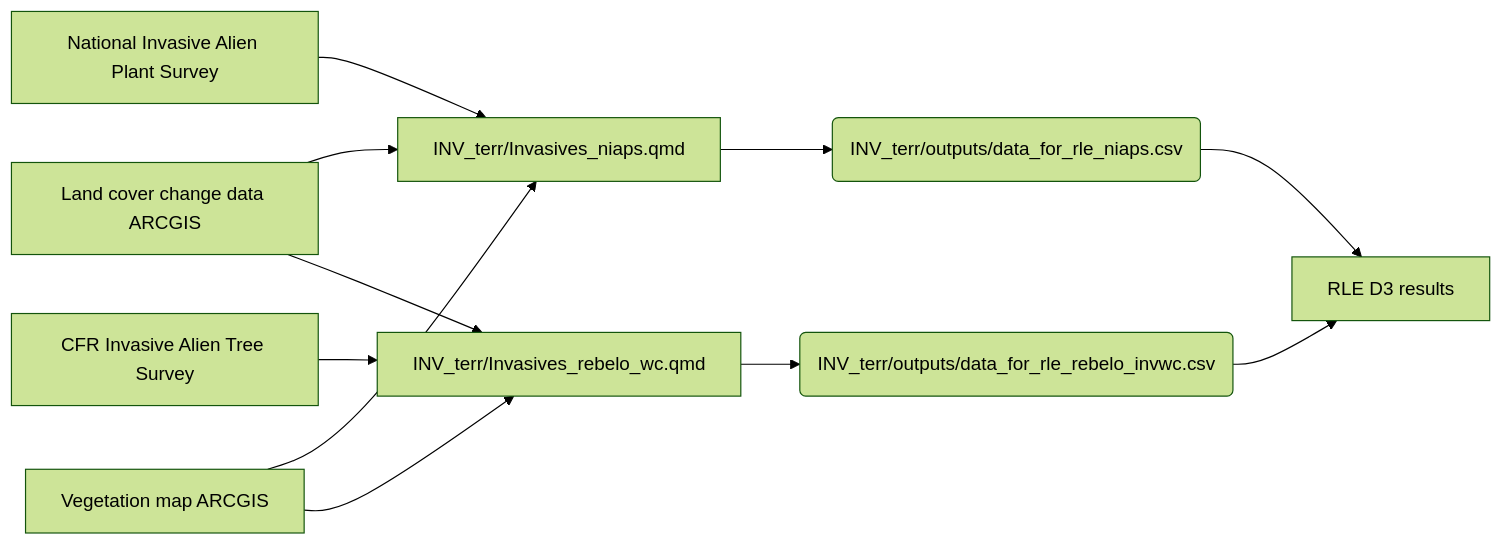
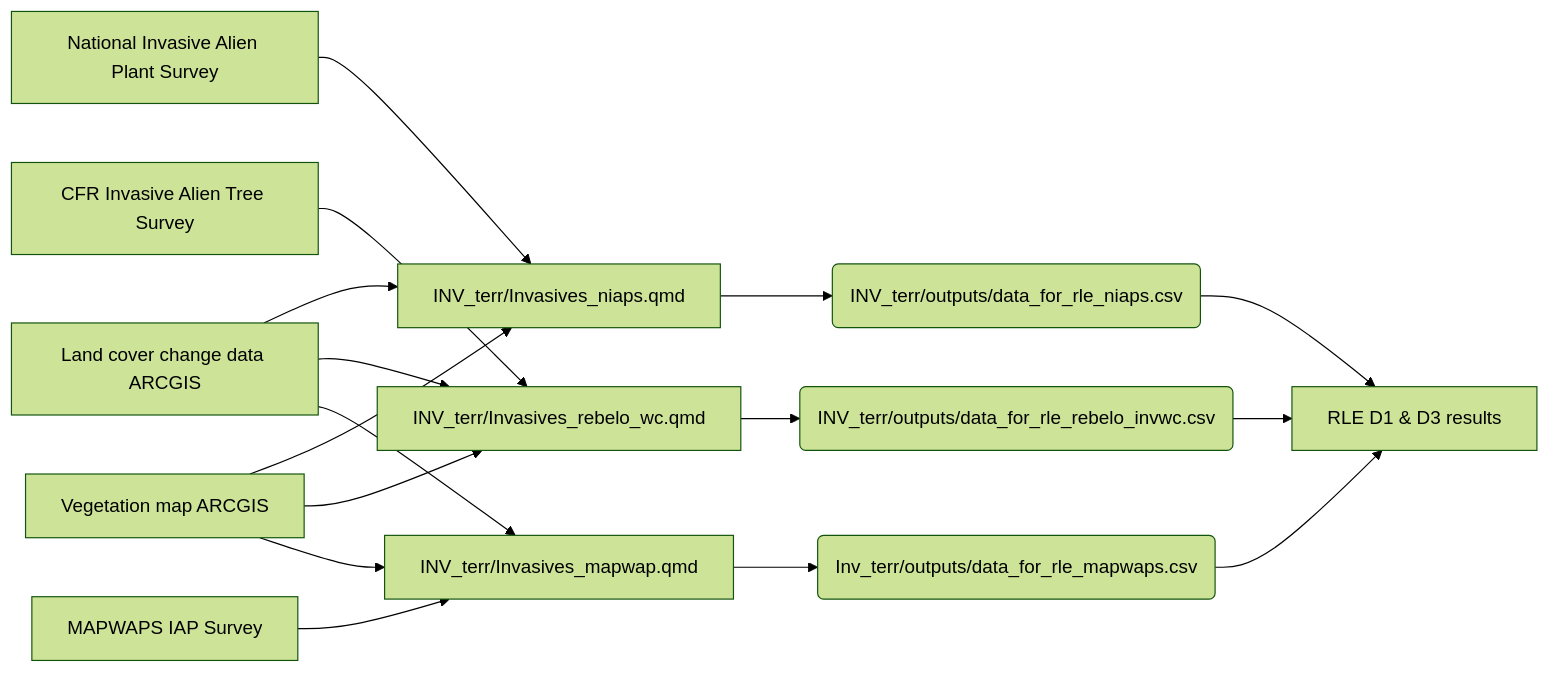
One commit to askowno/INV_terr changed the diagram in README.md. Above: the diagram before and after it, drawn with Mermaid (forest theme). The commit also changed other lines of this file and 1 other file, not shown here.

Commit message:
updated mermaid

````diff
--- a/README.md
+++ b/README.md
@@ -21,9 +21,12 @@
 ``` mermaid
 flowchart LR; 
-A[Land cover change data ARCGIS] --> B[INV_terr/Invasives_niaps.qmd] --> C(INV_terr/outputs/data_for_rle_niaps.csv) --> D[RLE D3 results]; 
+A[Land cover change data ARCGIS] --> B[INV_terr/Invasives_niaps.qmd] --> C(INV_terr/outputs/data_for_rle_niaps.csv) --> D[RLE D1 & D3 results]; 
 E[National Invasive Alien Plant Survey] --> B; 
 F[Vegetation map ARCGIS] --> B; 
 G[CFR Invasive Alien Tree Survey] --> H[INV_terr/Invasives_rebelo_wc.qmd] --> I(INV_terr/outputs/data_for_rle_rebelo_invwc.csv) --> D; 
 A --> H; 
 F --> H;
+A --> J;
+F --> J;
+K[MAPWAPS IAP Survey] --> J[INV_terr/Invasives_mapwap.qmd] --> L(Inv_terr/outputs/data_for_rle_mapwaps.csv) --> D;
 ```
````
